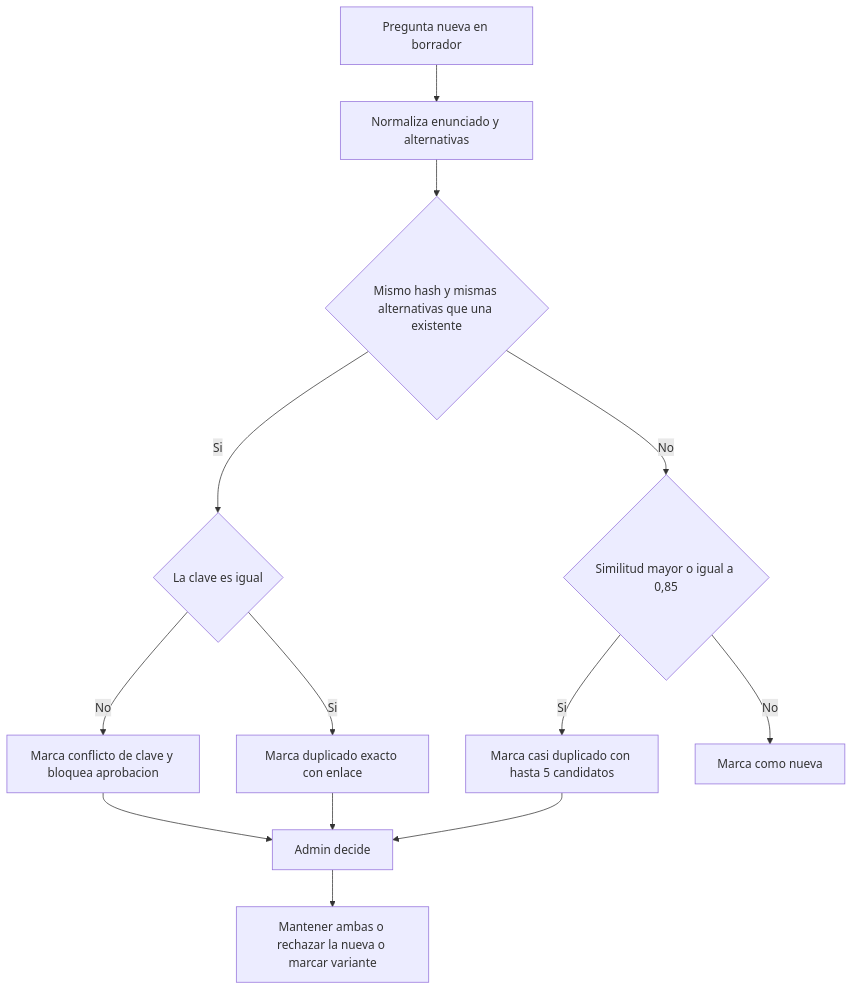
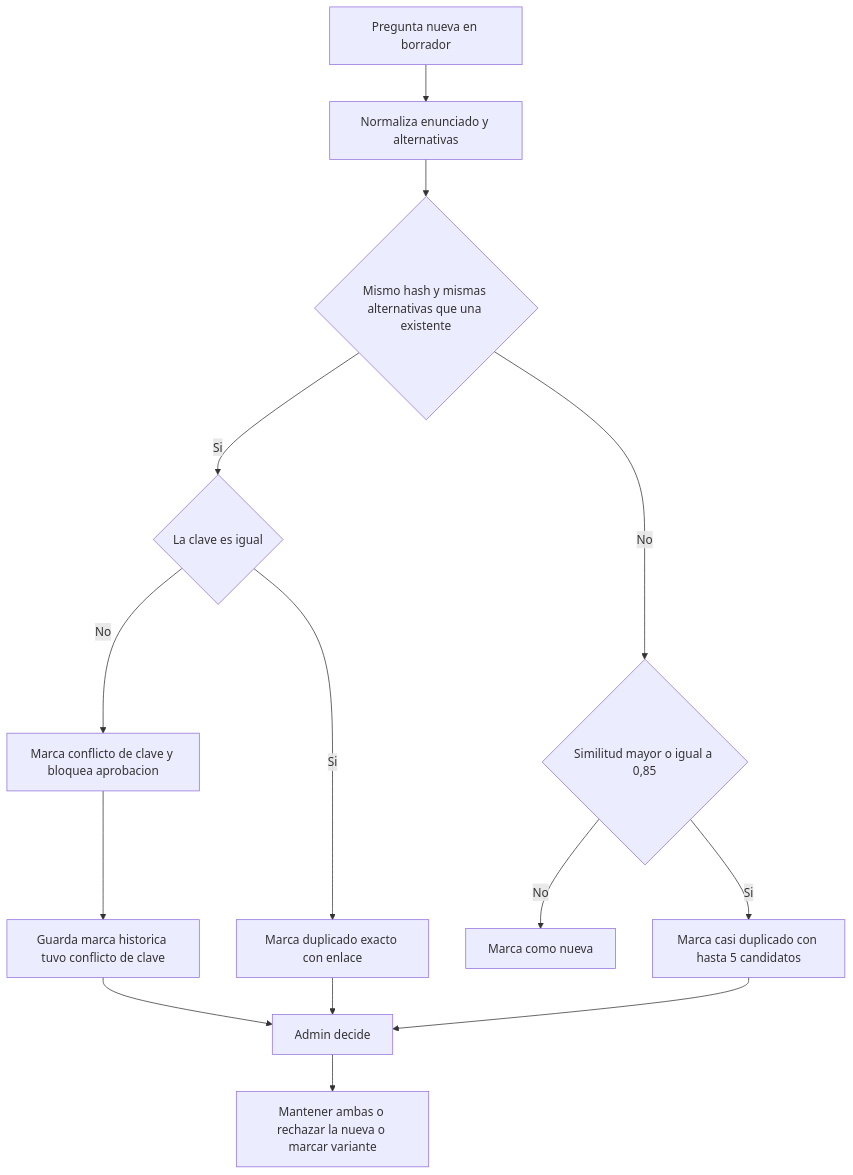
The diagram in docs/stories/serums-ia/E3-06-deduplicacion.md (bacsystem/learning), drawn with Mermaid before and after one commit. The commit also changed other lines of this file and 33 other files, not shown here.

````diff
--- a/docs/stories/serums-ia/E3-06-deduplicacion.md
+++ b/docs/stories/serums-ia/E3-06-deduplicacion.md
@@ -27,15 +28,16 @@
 ```mermaid
 flowchart TD
   A[Pregunta nueva en borrador] --> B[Normaliza enunciado y alternativas]
   B --> C{Mismo hash y mismas alternativas que una existente}
   C -- Si --> D{La clave es igual}
   D -- No --> E[Marca conflicto de clave y bloquea aprobacion]
   D -- Si --> F[Marca duplicado exacto con enlace]
   C -- No --> G{Similitud mayor o igual a 0,85}
   G -- Si --> H[Marca casi duplicado con hasta 5 candidatos]
   G -- No --> I[Marca como nueva]
-  E --> J[Admin decide]
+  E --> E2[Guarda marca historica tuvo conflicto de clave]
+  E2 --> J[Admin decide]
   F --> J
   H --> J
   J --> K[Mantener ambas o rechazar la nueva o marcar variante]
 ```
````
